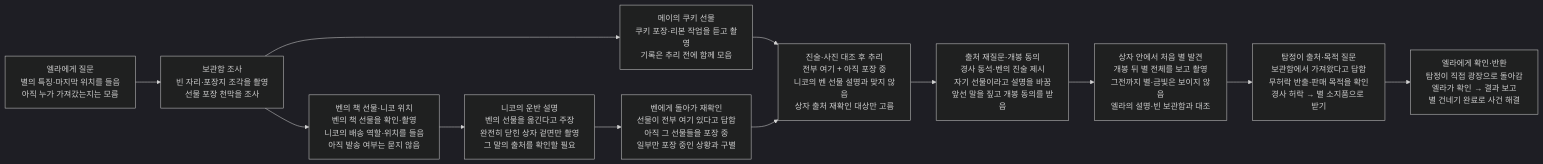
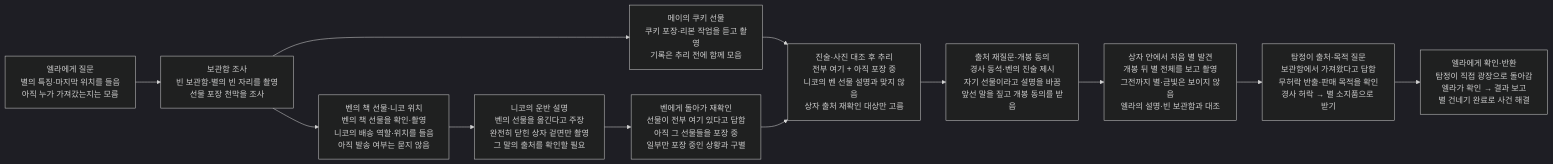
One commit to wonny95/detective-v2 changed the second of 2 diagrams in design/case-10-christmas-star.md. Above: the diagram before and after it, drawn with Mermaid (dark theme). The commit also changed other lines of this file and 6 other files, not shown here.

````diff
--- a/design/case-10-christmas-star.md
+++ b/design/case-10-christmas-star.md
@@ -51,25 +51,25 @@
 ```mermaid
 flowchart LR
     s1["엘라에게 질문<br/>별의 특징·마지막 위치를 들음<br/>아직 누가 가져갔는지는 모름"]
-    s2["보관함 조사<br/>빈 자리·포장지 조각을 촬영<br/>선물 포장 천막을 조사"]
+    s2["보관함 조사<br/>빈 보관함·별의 빈 자리를 촬영<br/>선물 포장 천막을 조사"]
     s3["메이의 쿠키 선물<br/>쿠키 포장·리본 작업을 듣고 촬영<br/>기록은 추리 전에 함께 모음"]
     s4["벤의 책 선물·니코 위치<br/>벤의 책 선물을 확인·촬영<br/>니코의 배송 역할·위치를 들음<br/>아직 발송 여부는 묻지 않음"]
     s6["니코의 운반 설명<br/>벤의 선물을 옮긴다고 주장<br/>완전히 닫힌 상자 겉면만 촬영<br/>그 말의 출처를 확인할 필요"]
     s7["벤에게 돌아가 재확인<br/>선물이 전부 여기 있다고 답함<br/>아직 그 선물들을 포장 중<br/>일부만 포장 중인 상황과 구별"]
     s8["진술·사진 대조 후 추리<br/>전부 여기 + 아직 포장 중<br/>니코의 벤 선물 설명과 맞지 않음<br/>상자 출처 재확인 대상만 고름"]
     s9["출처 재질문·개봉 동의<br/>경사 동석·벤의 진술 제시<br/>자기 선물이라고 설명을 바꿈<br/>앞선 말을 짚고 개봉 동의를 받음"]
     s10["상자 안에서 처음 별 발견<br/>개봉 뒤 별 전체를 보고 촬영<br/>그전까지 별·금빛은 보이지 않음<br/>엘라의 설명·빈 보관함과 대조"]
     s11["탐정이 출처·목적 질문<br/>보관함에서 가져왔다고 답함<br/>무허락 반출·판매 목적을 확인<br/>경사 허락 → 별 소지품으로 받기"]
     s12["엘라에게 확인·반환<br/>탐정이 직접 광장으로 돌아감<br/>엘라가 확인 → 결과 보고<br/>별 건네기 완료로 사건 해결"]
     s1 --> s2
     s2 --> s3
     s2 --> s4
     s4 --> s6
     s3 --> s8
     s6 --> s7
     s7 --> s8
     s8 --> s9
     s9 --> s10
     s10 --> s11
     s11 --> s12
 ```
````
